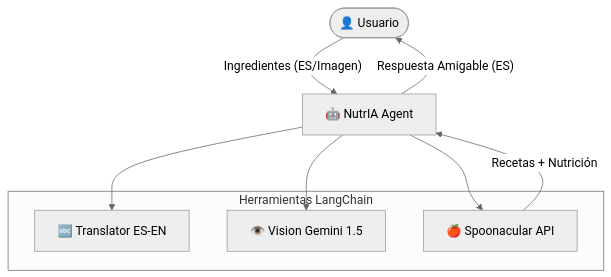
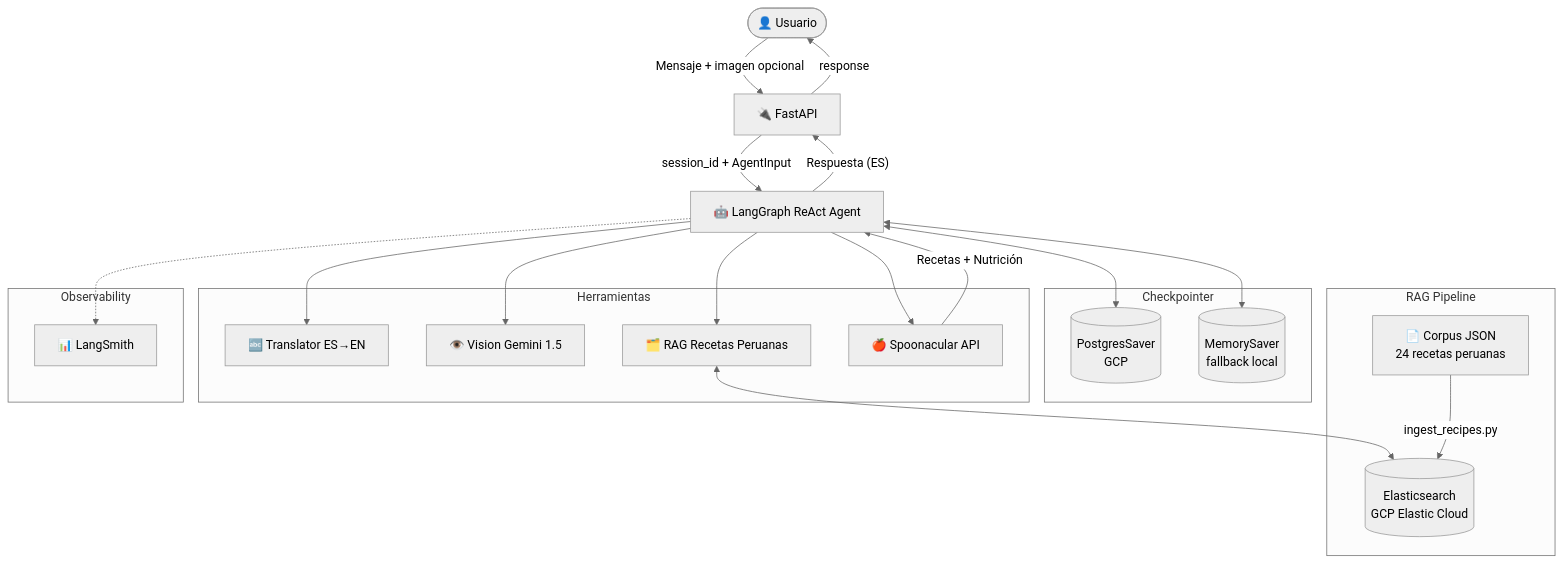
Before and after one commit to PabloJGD/proy_nutria: the diagram in README.md, drawn with Mermaid (neutral theme). The commit also changed other lines of this file, not shown here.

````diff
--- a/README.md
+++ b/README.md
@@ -11,17 +11,42 @@
 ```mermaid
 graph TD
-    User([👤 Usuario]) -- "Ingredientes (ES/Imagen)" --> Agent[🤖 NutrIA Agent]
-    
-    subgraph Tools [Herramientas LangChain]
-        Translator[🔤 Translator ES-EN]
+    User([👤 Usuario]) -- "Mensaje + imagen opcional" --> API[🔌 FastAPI]
+    API -- "session_id + AgentInput" --> Agent[🤖 LangGraph ReAct Agent]
+
+    subgraph Checkpointer
+        PG[(PostgresSaver\nGCP)]
+        MEM[(MemorySaver\nfallback local)]
+    end
+
+    Agent <--> PG
+    Agent <--> MEM
+
+    subgraph Tools [Herramientas]
+        Translator[🔤 Translator ES→EN]
         Vision[👁️ Vision Gemini 1.5]
+        RAG[🗂️ RAG Recetas Peruanas]
         Nutrition[🍎 Spoonacular API]
     end
-    
+
     Agent --> Translator
     Agent --> Vision
+    Agent --> RAG
     Agent --> Nutrition
-    
+
+    subgraph RAG_Pipeline [RAG Pipeline]
+        ES[(Elasticsearch\nGCP Elastic Cloud)]
+        Corpus[📄 Corpus JSON\n24 recetas peruanas]
+    end
+
+    RAG <--> ES
+    Corpus -- "ingest_recipes.py" --> ES
+
     Nutrition -- "Recetas + Nutrición" --> Agent
-    Agent -- "Respuesta Amigable (ES)" --> User
+    Agent -- "Respuesta (ES)" --> API
+    API -- "response" --> User
+
+    subgraph Observability
+        LS[📊 LangSmith]
+    end
+    Agent -.-> LS
 ```
````
